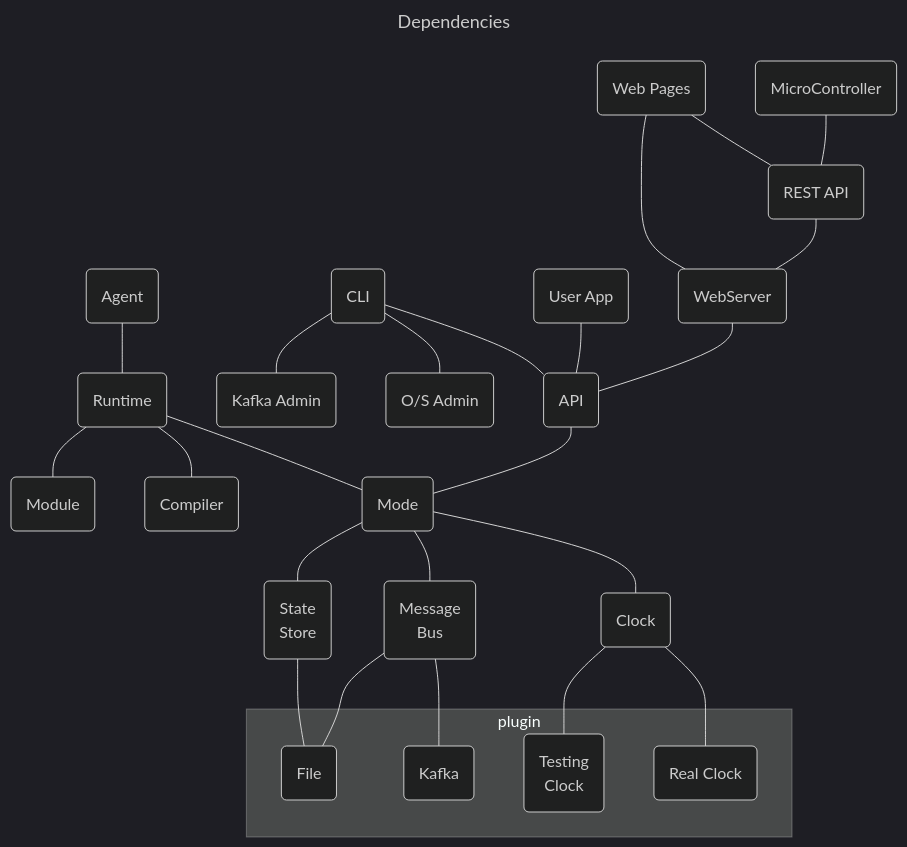
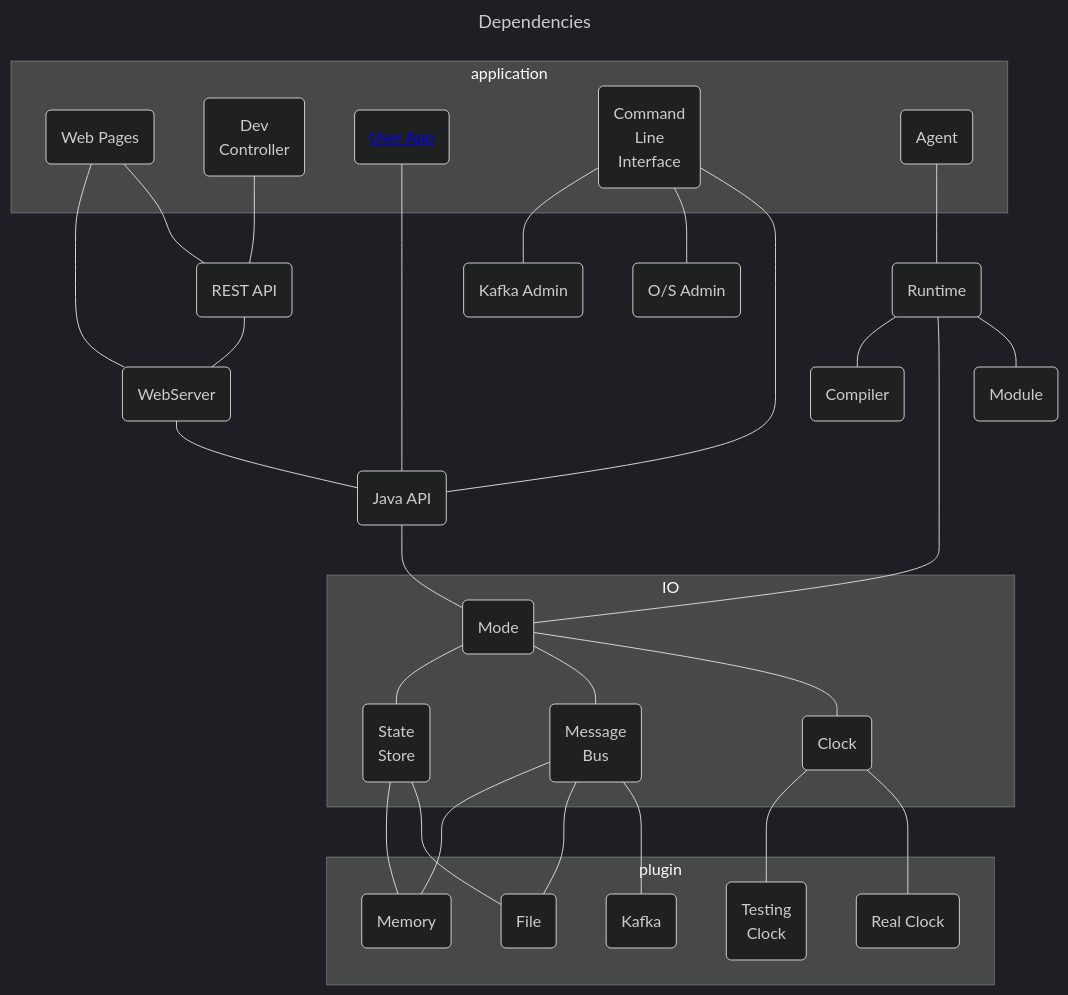
Before and after one commit to sodacan-net/sodacan-core: the fourth of 5 diagrams in documentation/architecture.md, drawn with Mermaid (dark theme).

Commit message:
More work on component diagram

````diff
--- a/documentation/architecture.md
+++ b/documentation/architecture.md
@@ -88,53 +88,59 @@
 ```mermaid
----
 ---
 title: Dependencies
 ---
 flowchart TB;
-ag(Agent)
-ap(API)
-cl(Clock)
-cli(CLI)
+subgraph application
+  wp(Web Pages)
+  mc(Dev<br/>Controller)
+  ua(<a href='#'>User App</a>)
+  cli(Command<br/>Line<br/> Interface)
+  ag(Agent)
+end
+subgraph IO
+  mod(Mode)
+  ss(State<br/>Store)
+  mb(Message<br/>Bus)
+  cl(Clock)
+end
+ap(Java API)
 co(Compiler)
 ka(Kafka Admin)
 m(Module)
-mb(Message<br/>Bus)
-mc(MicroController)
-mod(Mode)
 oa(O/S Admin)
 ra(REST API)
 rt(Runtime)
-ss(State<br/>Store)
-ua(User App)
-wp(Web Pages)
 ws(WebServer)
 cli --- ap
 ap --- mod
 ag --- rt
+rt --- m
 rt --- mod
 rt --- co
 mod --- cl
 mod --- mb
 ra --- ws
 ws --- ap
 cli --- oa
 cli --- ka
 ua --- ap
 mc --- ra
 wp --- ra
 wp --- ws
 mb --- k
 mb --- f
 cl --- rtc
 cl --- tc
 mod --- ss
-rt --- m
 ss --- f
+ss --- mem
+mb --- mem
 subgraph plugin
-f(File)
-k(Kafka)
-tc(Testing<br/>Clock)
-rtc(Real Clock)
+  f(File)
+  k(Kafka)
+  tc(Testing<br/>Clock)
+  rtc(Real Clock)
+  mem(Memory)
 end
 
 ```
````
